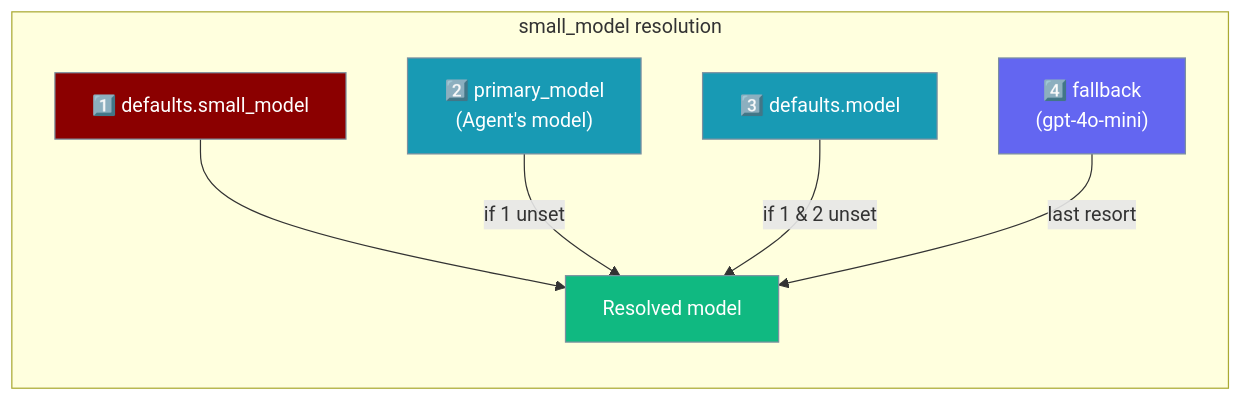
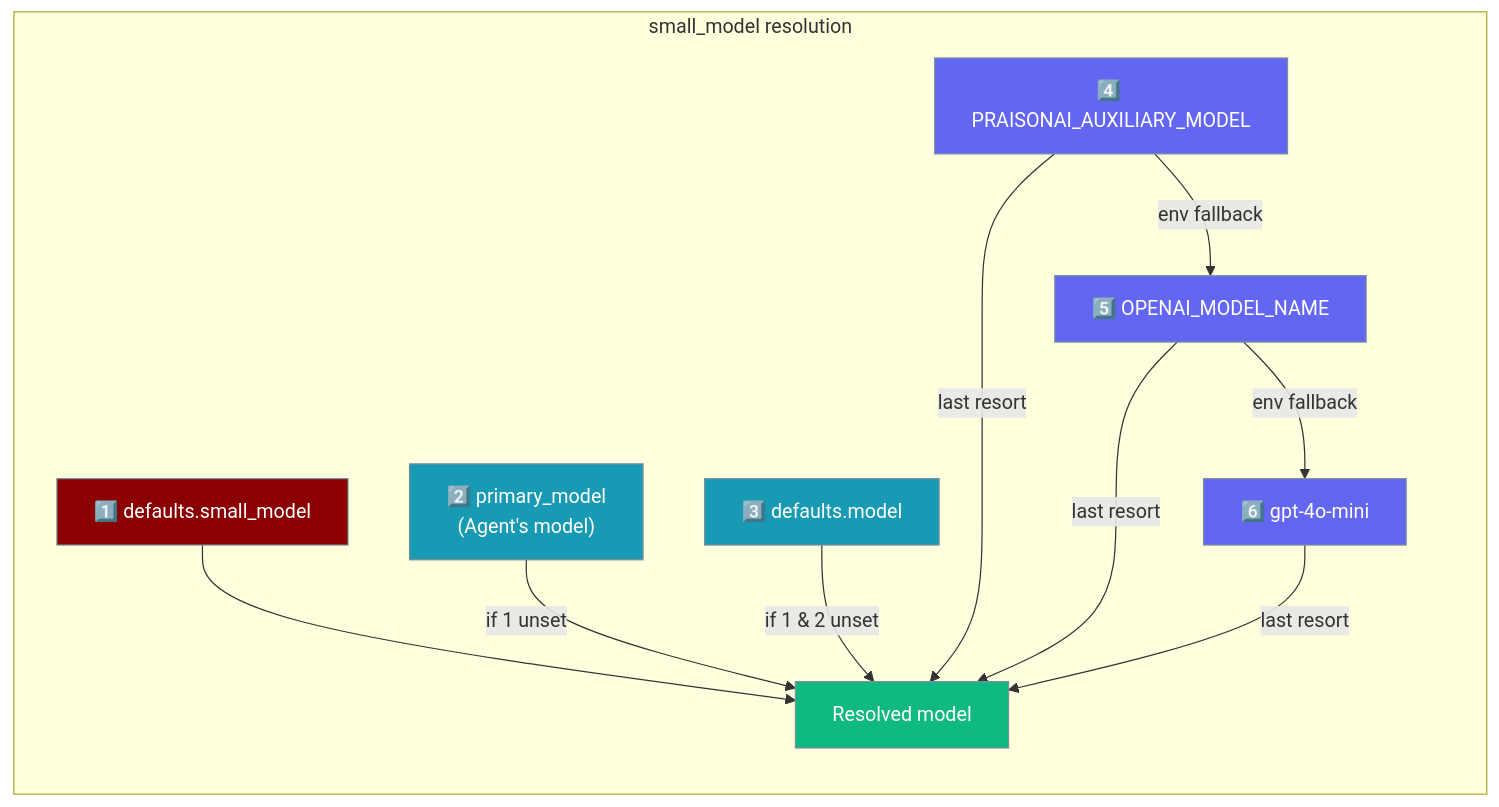
The fourth of 7 diagrams in docs/features/config-file.mdx (MervinPraison/PraisonAIDocs), drawn with Mermaid before and after one commit. The commit also changed other lines of this file and 5 other files, not shown here.

Commit message:
docs: document PRAISONAI_AUXILIARY_MODEL env var + memory quality-scoring base_url fix (fixes #3841)

````diff
--- a/docs/features/config-file.mdx
+++ b/docs/features/config-file.mdx
@@ -478,17 +505,21 @@
 ```mermaid
 flowchart LR
     subgraph "small_model resolution"
         A["1️⃣ defaults.small_model"] --> R["Resolved model"]
         B["2️⃣ primary_model<br/>(Agent's model)"] -->|if 1 unset| R
         C["3️⃣ defaults.model"] -->|if 1 & 2 unset| R
-        D["4️⃣ fallback<br/>(gpt-4o-mini)"] -->|last resort| R
+        D["4️⃣ PRAISONAI_AUXILIARY_MODEL"] -->|env fallback| E["5️⃣ OPENAI_MODEL_NAME"]
+        E -->|env fallback| F["6️⃣ gpt-4o-mini"]
+        D -->|last resort| R
+        E -->|last resort| R
+        F -->|last resort| R
     end
     classDef primary fill:#8B0000,stroke:#7C90A0,color:#fff
     classDef secondary fill:#189AB4,stroke:#7C90A0,color:#fff
     classDef fallback fill:#6366F1,stroke:#7C90A0,color:#fff
     classDef result fill:#10B981,stroke:#7C90A0,color:#fff
     class A primary
     class B,C secondary
-    class D fallback
+    class D,E,F fallback
     class R result
 ```
````
